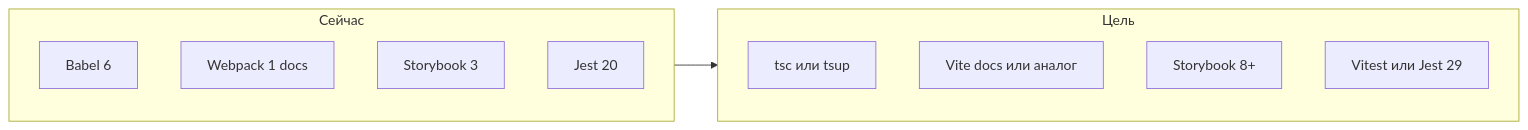
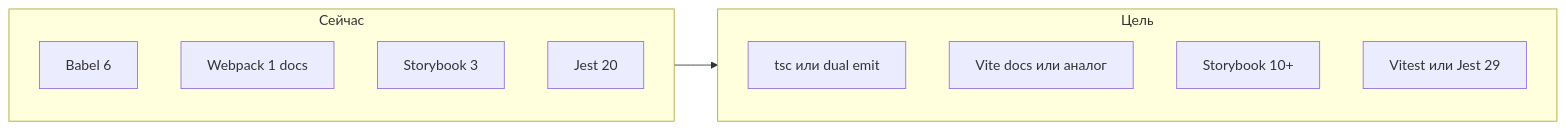
Before and after one commit to antonlimar/react-color: the diagram in PLAN.md, drawn with Mermaid. The commit also changed other lines of this file and 3 other files, not shown here.

````diff
--- a/PLAN.md
+++ b/PLAN.md
@@ -9,16 +9,16 @@
 ```mermaid
 flowchart LR
   subgraph now [Сейчас]
     Babel6[Babel 6]
     WB1[Webpack 1 docs]
     SB3[Storybook 3]
     J20[Jest 20]
   end
   subgraph target [Цель]
-    TS[tsc или tsup]
+    TS[tsc или dual emit]
     Vite[Vite docs или аналог]
-    SB[Storybook 8+]
+    SB[Storybook 10+]
     Test[Vitest или Jest 29]
   end
   now --> target
 ```
````
